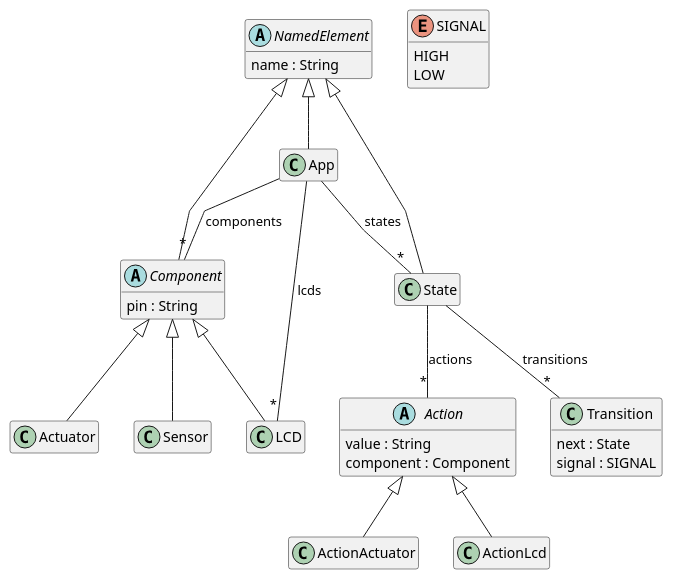
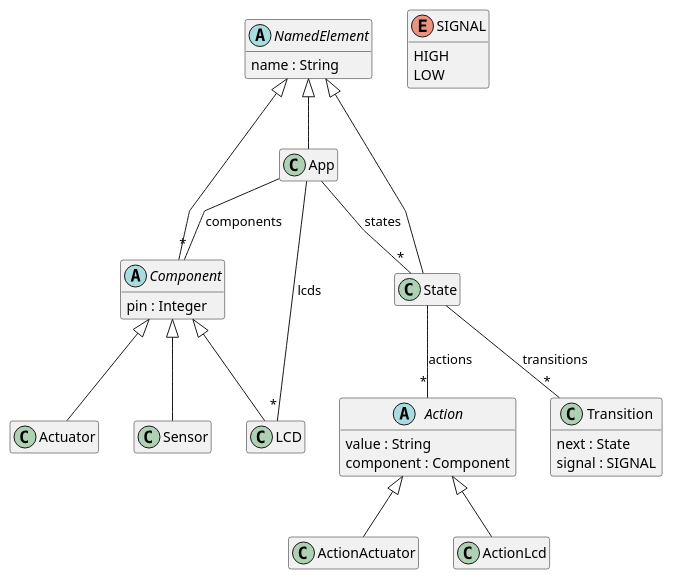
Before and after one commit to MathieuPaillart/arduinoML-dsl: the diagram in kernels/kernel.plantuml, drawn with PlantUML. The commit also changed 4 other files, not shown here.

Commit message:
- improved grammar, added parentheses for antlr4 to be able to generate a parser matching what we expected. - changed kernel.plantuml pin is an Integer

```diff
--- a/kernels/kernel.plantuml
+++ b/kernels/kernel.plantuml
@@ -1,58 +1,58 @@
 @startuml
 skinparam linetype polyline
 ' Inheritance
 Component <|-- Actuator
 Component <|-- Sensor
 Component <|-- LCD
 NamedElement <|-- Component
 NamedElement <|-- State
 NamedElement <|-- App
 Action <|-- ActionActuator
 Action <|-- ActionLcd
 
 ' Abstract Class Declaration
 abstract class NamedElement{
   name : String
   }
 abstract class Action{
    value : String
    component : Component
 }
 abstract class Component {
-  pin : String
+  pin : Integer
 }
 ' Class Declaration
 class App {
 }
 class Transition {
     next : State
     signal : SIGNAL
 }
 ' Enum Declaration
 enum SIGNAL {
    HIGH
    LOW
 }
 
 ' All attributes
 App -- "*" Component : components
 App -- "*" LCD : lcds
 App -- "*" State : states
 State -- "*" Action : actions
 State -- "*" Transition : transitions
 
 ' Hide methods
 hide Component methods
 hide Action methods
 hide SIGNAL methods
 hide Transition methods
 hide NamedElement methods
 ' Hide members
 hide ActionActuator members
 hide LCD members
 hide ActionLcd members
 hide Sensor members
 hide App members
 hide Actuator members
 hide State members
 @enduml
```
